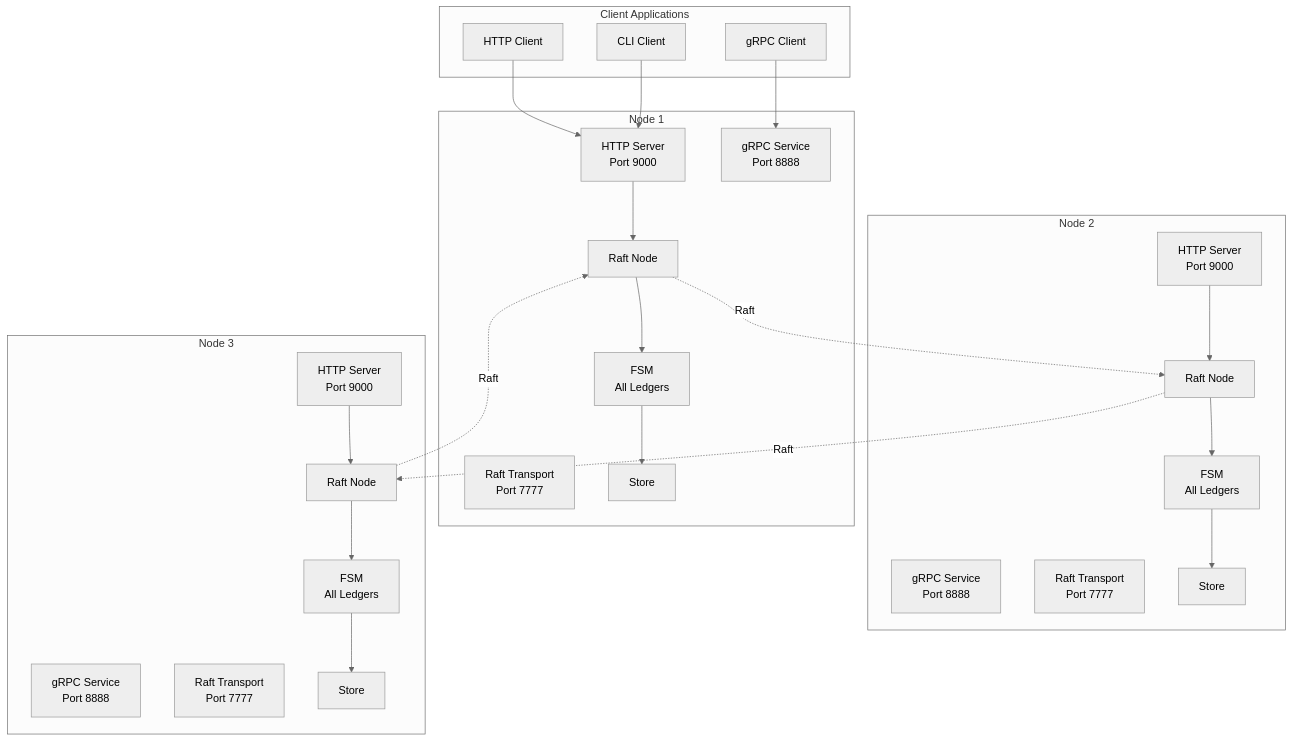
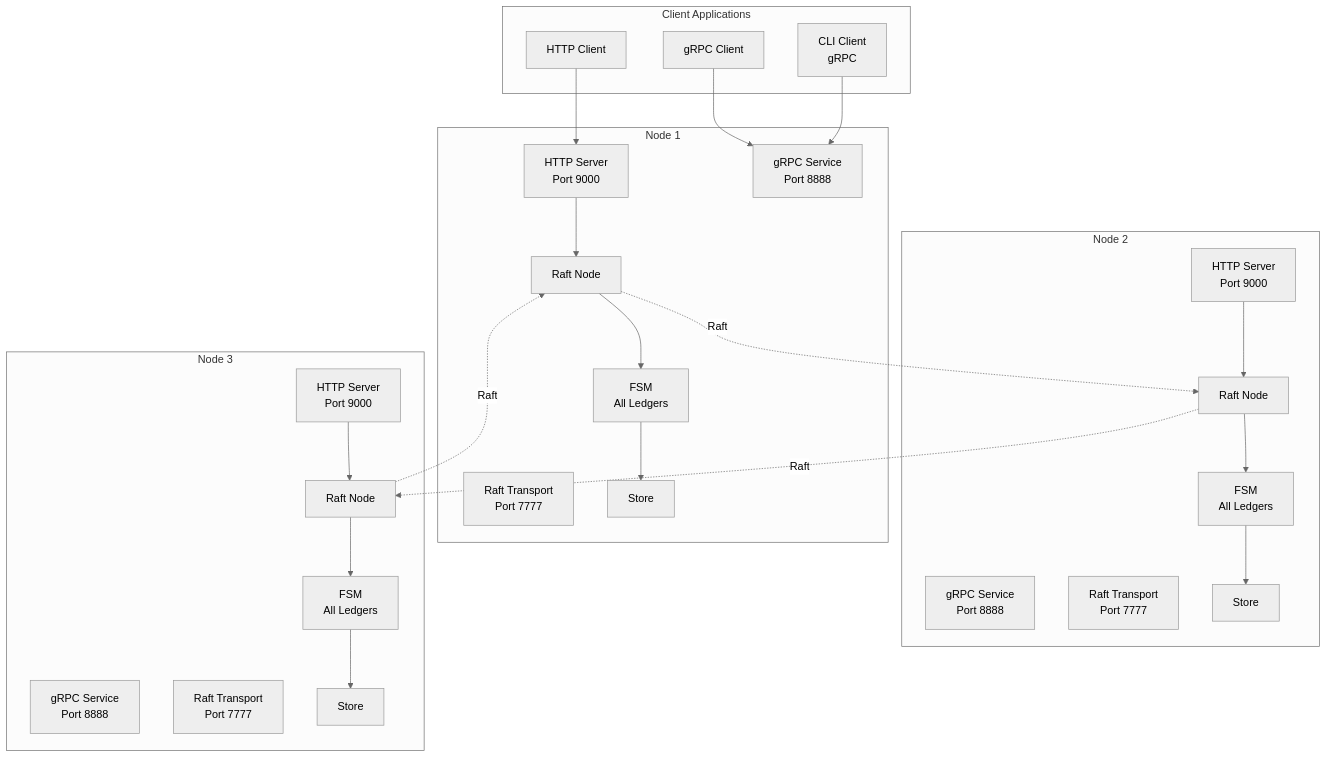
The first of 6 diagrams in docs/architecture/architecture.md (formancehq/ledger), drawn with Mermaid (neutral theme) before and after one commit. The commit also changed other lines of this file and 10 other files, not shown here.

First line of the commit message:
docs: fix outdated architecture documentation across 10 files

````diff
--- a/docs/architecture/architecture.md
+++ b/docs/architecture/architecture.md
@@ -9,55 +9,55 @@
 ```mermaid
 graph TB
     subgraph "Client Applications"
         HTTPClient[HTTP Client]
         GRPCClient[gRPC Client]
-        CLIClient[CLI Client]
+        CLIClient[CLI Client<br/>gRPC]
     end
-    
+
     subgraph "Node 1"
         HTTPServer1[HTTP Server<br/>Port 9000]
         GRPCServer1[gRPC Service<br/>Port 8888]
         RaftServer1[Raft Transport<br/>Port 7777]
         RaftNode1[Raft Node]
         FSM1[FSM<br/>All Ledgers]
         Storage1[Store]
     end
     
     subgraph "Node 2"
         HTTPServer2[HTTP Server<br/>Port 9000]
         GRPCServer2[gRPC Service<br/>Port 8888]
         RaftServer2[Raft Transport<br/>Port 7777]
         RaftNode2[Raft Node]
         FSM2[FSM<br/>All Ledgers]
         Storage2[Store]
     end
     
     subgraph "Node 3"
         HTTPServer3[HTTP Server<br/>Port 9000]
         GRPCServer3[gRPC Service<br/>Port 8888]
         RaftServer3[Raft Transport<br/>Port 7777]
         RaftNode3[Raft Node]
         FSM3[FSM<br/>All Ledgers]
         Storage3[Store]
     end
     
     HTTPClient --> HTTPServer1
     GRPCClient --> GRPCServer1
-    CLIClient --> HTTPServer1
+    CLIClient --> GRPCServer1
     
     HTTPServer1 --> RaftNode1
     HTTPServer2 --> RaftNode2
     HTTPServer3 --> RaftNode3
     
     RaftNode1 --> FSM1
     RaftNode2 --> FSM2
     RaftNode3 --> FSM3
     
     FSM1 --> Storage1
     FSM2 --> Storage2
     FSM3 --> Storage3
     
     RaftNode1 -.Raft.-> RaftNode2
     RaftNode2 -.Raft.-> RaftNode3
     RaftNode3 -.Raft.-> RaftNode1
 ```
````
